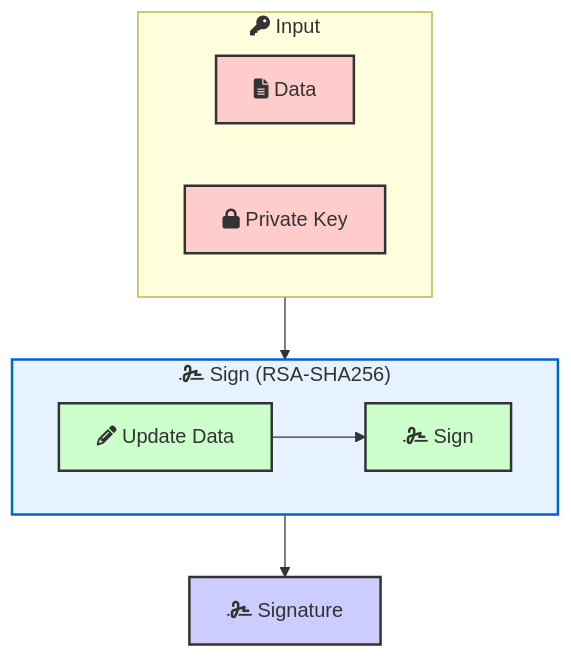
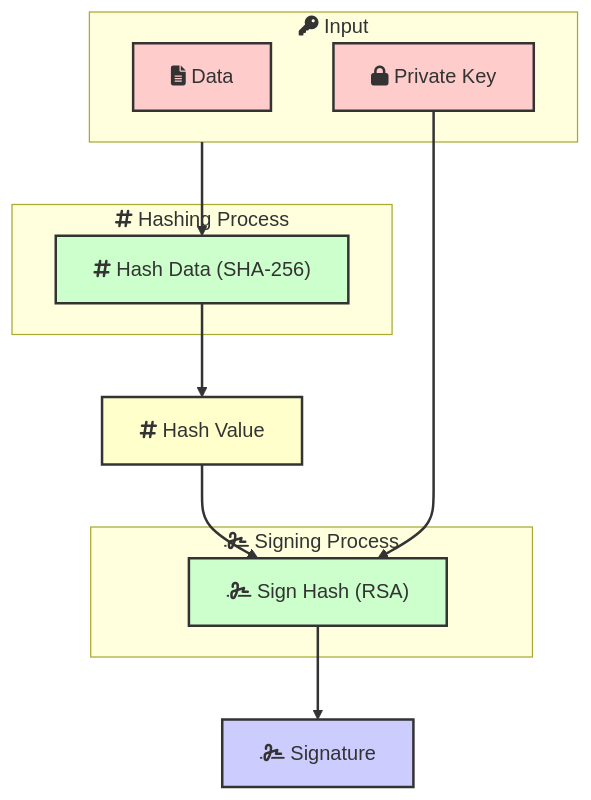
Before and after one commit to kelvin-bz/blog: the sixth of 8 diagrams in _posts/2024-06-29-public-key-cryptography.md, drawn with Mermaid. The commit also changed other lines of this file and 1 other file, not shown here.

````diff
--- a/_posts/2024-06-29-public-key-cryptography.md
+++ b/_posts/2024-06-29-public-key-cryptography.md
@@ -315,20 +315,30 @@
 ```mermaid
 graph TD
+%% Styling
+linkStyle default stroke:#333,stroke-width:2px;
+
 subgraph input["fa:fa-key Input"]
 data["fa:fa-file-alt Data"]:::inputNode
 privateKey["fa:fa-lock Private Key"]:::inputNode
 end
 
-input --> signData["fa:fa-signature Sign (RSA-SHA256)"]:::signNode
-
-subgraph signData["fa:fa-signature Sign (RSA-SHA256)"]
-updateData["fa:fa-pencil-alt Update Data"]:::processNode --> sign["fa:fa-signature Sign"]:::processNode
+subgraph hashProcess["fa:fa-hashtag Hashing Process"]
+hashData["fa:fa-hashtag Hash Data (SHA-256)"]:::processNode
 end
 
-signData --> signature["fa:fa-signature Signature"]:::outputNode
+subgraph signProcess["fa:fa-signature Signing Process"]
+signHash["fa:fa-signature Sign Hash (RSA)"]:::processNode
+end
+
+input --> hashData
+hashData --> hashValue["fa:fa-hashtag Hash Value"]:::intermediateNode
+hashValue --> signHash
+privateKey --> signHash
+signHash --> signature["fa:fa-signature Signature"]:::outputNode
 
 classDef inputNode fill:#ffcccc,stroke:#333,stroke-width:2px;
-classDef signNode fill:#e6f2ff,stroke:#0066cc,stroke-width:2px;
 classDef processNode fill:#ccffcc,stroke:#333,stroke-width:2px;
+classDef intermediateNode fill:#ffffcc,stroke:#333,stroke-width:2px;
 classDef outputNode fill:#ccf,stroke:#333,stroke-width:2px;
+
 ```
````
